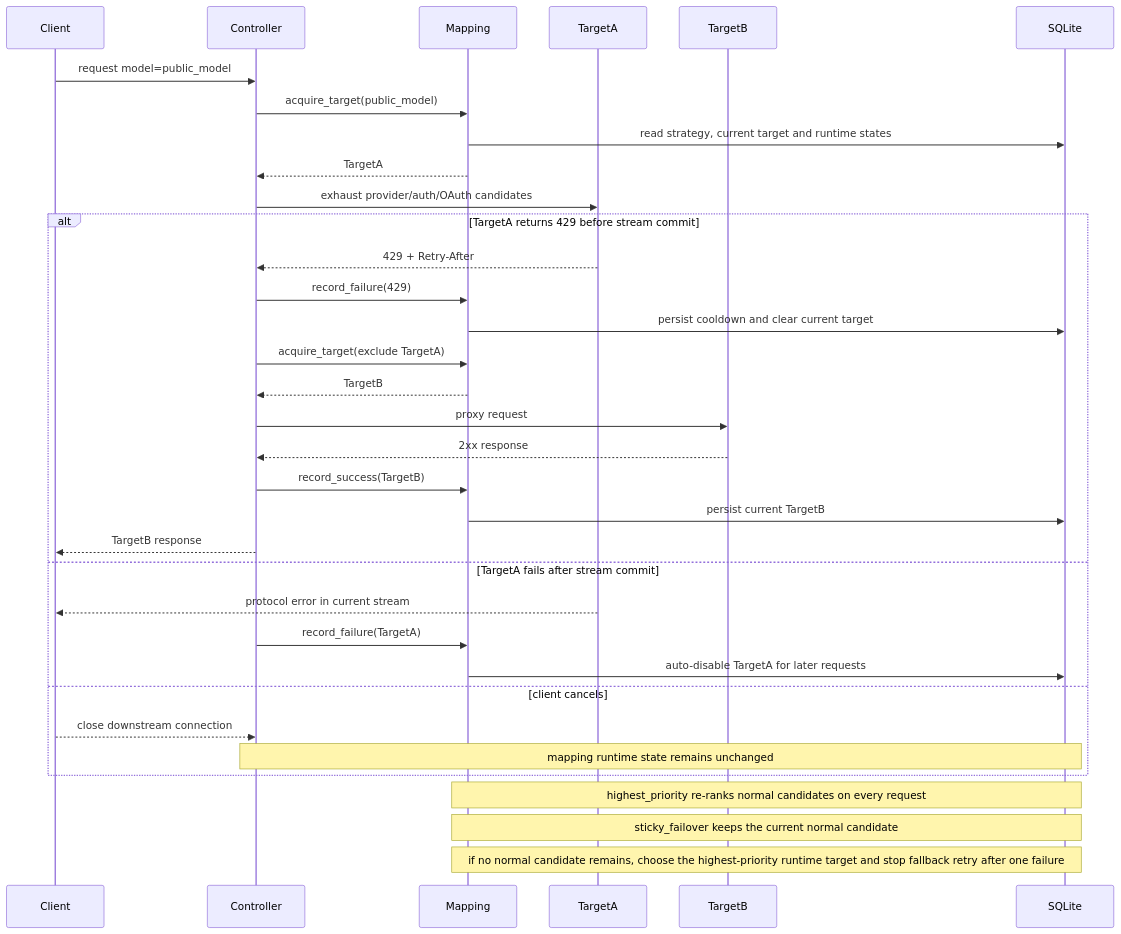
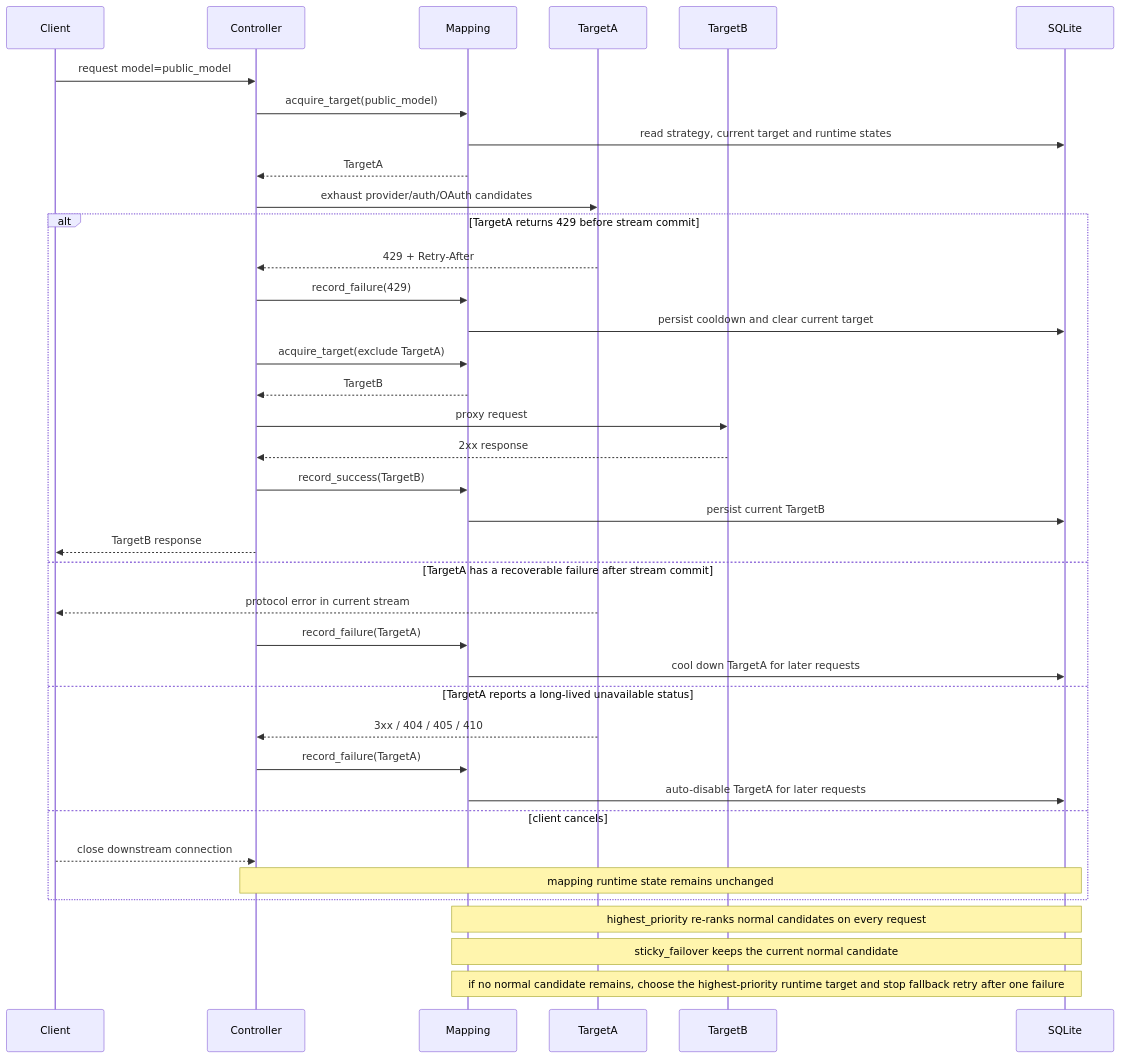
One commit to VonSdite/LLM_Proxy changed the fifth of 5 diagrams in docs/architecture-4plus1.md. Above: the diagram before and after it, drawn with Mermaid. The commit also changed other lines of this file and 5 other files, not shown here.

````diff
--- a/docs/architecture-4plus1.md
+++ b/docs/architecture-4plus1.md
@@ -1247,37 +1248,41 @@
 ```mermaid
 sequenceDiagram
     participant Client
     participant Controller
     participant Mapping
     participant TargetA
     participant TargetB
     participant SQLite
 
     Client->>Controller: request model=public_model
     Controller->>Mapping: acquire_target(public_model)
     Mapping->>SQLite: read strategy, current target and runtime states
     Mapping-->>Controller: TargetA
     Controller->>TargetA: exhaust provider/auth/OAuth candidates
     alt TargetA returns 429 before stream commit
         TargetA-->>Controller: 429 + Retry-After
         Controller->>Mapping: record_failure(429)
         Mapping->>SQLite: persist cooldown and clear current target
         Controller->>Mapping: acquire_target(exclude TargetA)
         Mapping-->>Controller: TargetB
         Controller->>TargetB: proxy request
         TargetB-->>Controller: 2xx response
         Controller->>Mapping: record_success(TargetB)
         Mapping->>SQLite: persist current TargetB
         Controller-->>Client: TargetB response
-    else TargetA fails after stream commit
+    else TargetA has a recoverable failure after stream commit
         TargetA-->>Client: protocol error in current stream
+        Controller->>Mapping: record_failure(TargetA)
+        Mapping->>SQLite: cool down TargetA for later requests
+    else TargetA reports a long-lived unavailable status
+        TargetA-->>Controller: 3xx / 404 / 405 / 410
         Controller->>Mapping: record_failure(TargetA)
         Mapping->>SQLite: auto-disable TargetA for later requests
     else client cancels
         Client-->>Controller: close downstream connection
         Note over Controller,SQLite: mapping runtime state remains unchanged
     end
     Note over Mapping,SQLite: highest_priority re-ranks normal candidates on every request
     Note over Mapping,SQLite: sticky_failover keeps the current normal candidate
     Note over Mapping,SQLite: if no normal candidate remains, choose the highest-priority runtime target and stop fallback retry after one failure
 ```
````
